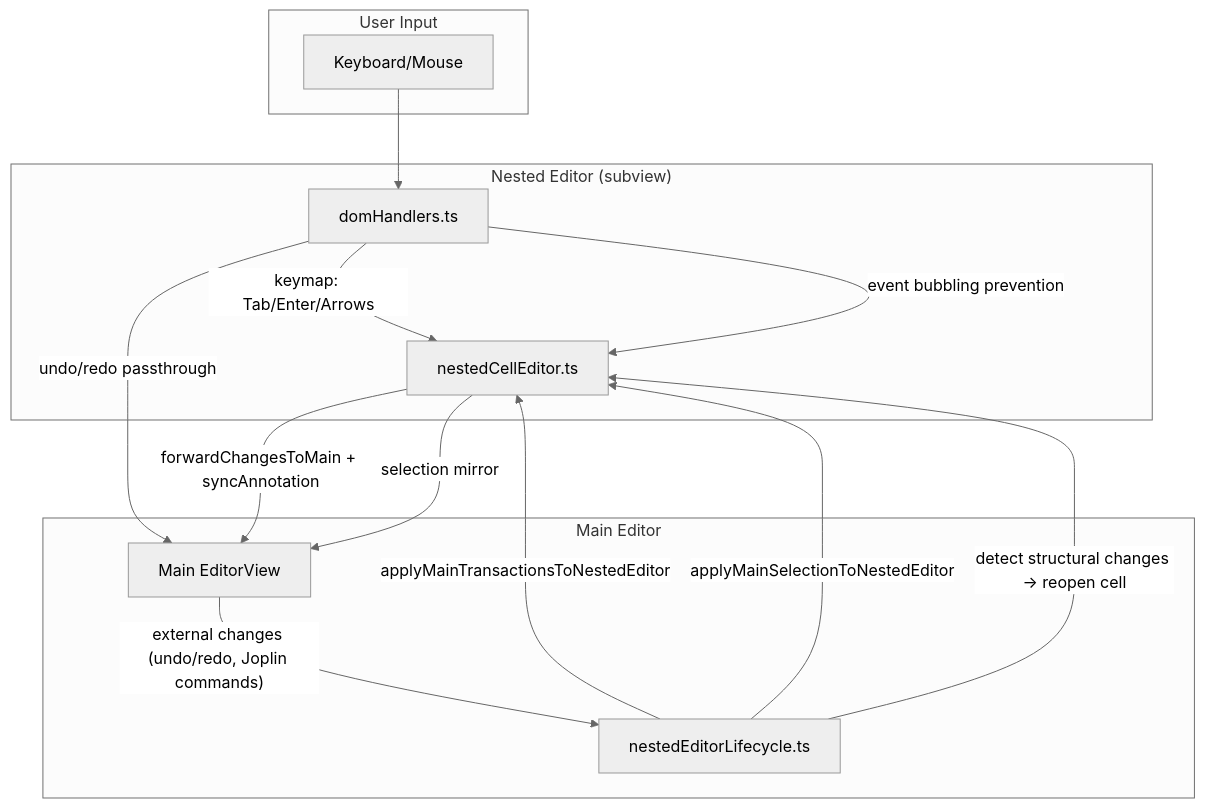
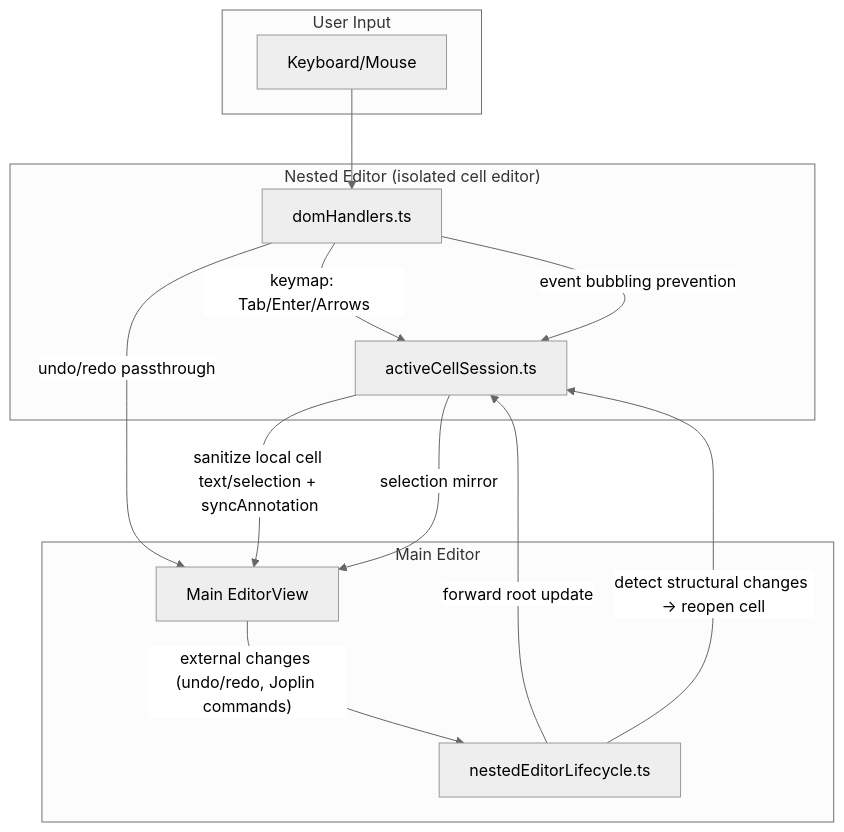
The diagram in docs/Architecture/Overview.md (bwat47/joplin-rich-tables), drawn with Mermaid (neutral theme) before and after one commit. The commit also changed other lines of this file and 21 other files, not shown here.

Commit message:
refactor: replace full document cell editor with isolated editor

````diff
--- a/docs/Architecture/Overview.md
+++ b/docs/Architecture/Overview.md
@@ -88,29 +92,28 @@
 ```mermaid
 flowchart TB
     subgraph User["User Input"]
         K["Keyboard/Mouse"]
     end
 
-    subgraph Nested["Nested Editor (subview)"]
-        NE["nestedCellEditor.ts"]
+    subgraph Nested["Nested Editor (isolated cell editor)"]
+        NE["activeCellSession.ts"]
         DH["domHandlers.ts"]
     end
 
     subgraph Main["Main Editor"]
         ME["Main EditorView"]
         LC["nestedEditorLifecycle.ts"]
     end
 
     K --> DH
     DH -->|"keymap: Tab/Enter/Arrows"| NE
     DH -->|"undo/redo passthrough"| ME
     DH -->|"event bubbling prevention"| NE
 
-    NE -->|"forwardChangesToMain + syncAnnotation"| ME
+    NE -->|"sanitize local cell text/selection + syncAnnotation"| ME
     NE -->|"selection mirror"| ME
 
     ME -->|"external changes (undo/redo, Joplin commands)"| LC
-    LC -->|"applyMainTransactionsToNestedEditor"| NE
-    LC -->|"applyMainSelectionToNestedEditor"| NE
+    LC -->|"forward root update"| NE
     LC -->|"detect structural changes → reopen cell"| NE
 ```
````
